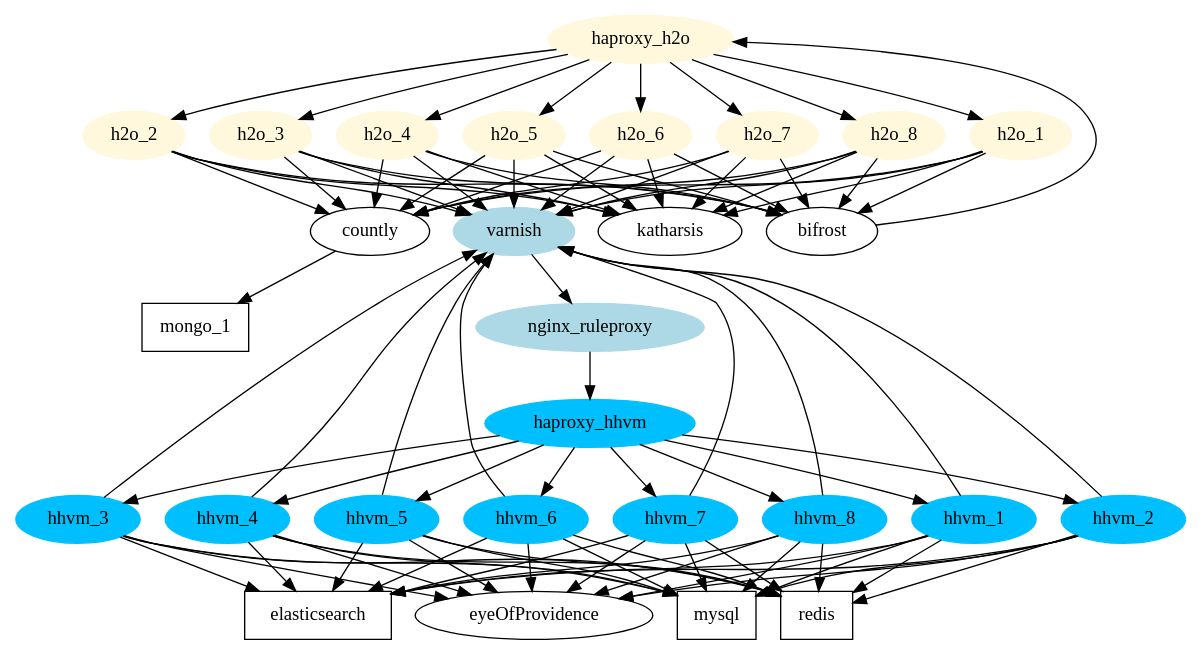
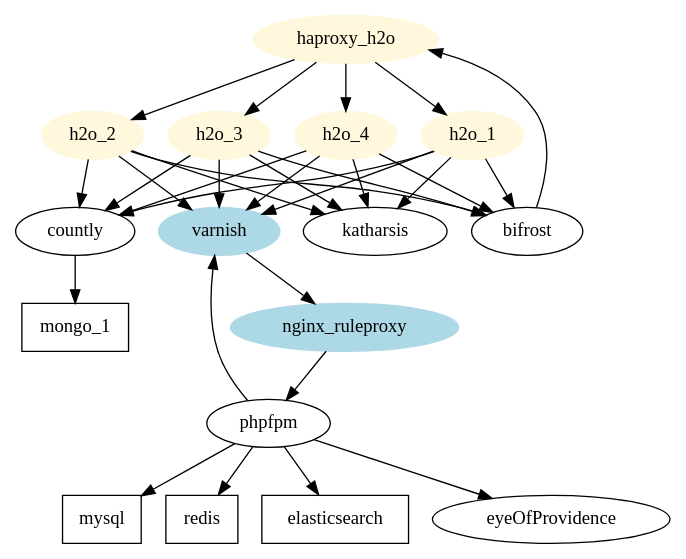
Before and after one commit to psychonautwiki/dmt-infrastructure: the diagram in architecture.dot, drawn with Graphviz. The commit also changed 23 other files, not shown here.

Commit message:
Update base to latest rev, update infra diagram

```diff
--- a/architecture.dot
+++ b/architecture.dot
@@ -1,159 +1,59 @@
 digraph G {
     subgraph incoming {
         node [style=filled,color=cornsilk];
 
         haproxy_h2o -> h2o_1;
         haproxy_h2o -> h2o_2;
         haproxy_h2o -> h2o_3;
         haproxy_h2o -> h2o_4;
-        haproxy_h2o -> h2o_5;
-        haproxy_h2o -> h2o_6;
-        haproxy_h2o -> h2o_7;
-        haproxy_h2o -> h2o_8;
 
-        label = "HHVM";
+        label = "h2o";
         color=blue
     }
 
     subgraph balance {
         node [style=filled,color=lightblue];
 
         varnish -> nginx_ruleproxy;
 
         label = "Caching";
     }
 
-    subgraph mediawiki {
-        node [style=filled,color=deepskyblue1];
-
-        haproxy_hhvm -> hhvm_1;
-        haproxy_hhvm -> hhvm_2;
-        haproxy_hhvm -> hhvm_3;
-        haproxy_hhvm -> hhvm_4;
-        haproxy_hhvm -> hhvm_5;
-        haproxy_hhvm -> hhvm_6;
-        haproxy_hhvm -> hhvm_7;
-        haproxy_hhvm -> hhvm_8;
-
-
-        label = "HHVM";
-        color=blue
-    }
-
     h2o_1 -> varnish;
     h2o_2 -> varnish;
     h2o_3 -> varnish;
     h2o_4 -> varnish;
-    h2o_5 -> varnish;
-    h2o_6 -> varnish;
-    h2o_7 -> varnish;
-    h2o_8 -> varnish;
 
     h2o_1 -> countly;
     h2o_2 -> countly;
     h2o_3 -> countly;
     h2o_4 -> countly;
-    h2o_5 -> countly;
-    h2o_6 -> countly;
-    h2o_7 -> countly;
-    h2o_8 -> countly;
 
     h2o_1 -> katharsis;
     h2o_2 -> katharsis;
     h2o_3 -> katharsis;
     h2o_4 -> katharsis;
-    h2o_5 -> katharsis;
-    h2o_6 -> katharsis;
-    h2o_7 -> katharsis;
-    h2o_8 -> katharsis;
-
-    // h2o_1 -> sociopata; | active at s.p.org; indef retired
-    // h2o_2 -> sociopata; | active at s.p.org; indef retired
-    // h2o_3 -> sociopata; | active at s.p.org; indef retired
-    // h2o_4 -> sociopata; | active at s.p.org; indef retired
-    // h2o_5 -> sociopata; | active at s.p.org; indef retired
-    // h2o_6 -> sociopata; | active at s.p.org; indef retired
-    // h2o_7 -> sociopata; | active at s.p.org; indef retired
-    // h2o_8 -> sociopata; | active at s.p.org; indef retired
 
     countly -> mongo_1;
-
-    // h2o_1 -> heimdal; | indef retired
-    // h2o_2 -> heimdal; | indef retired
-    // h2o_3 -> heimdal; | indef retired
-    // h2o_4 -> heimdal; | indef retired
-    // h2o_5 -> heimdal; | indef retired
-    // h2o_6 -> heimdal; | indef retired
-    // h2o_7 -> heimdal; | indef retired
-    // h2o_8 -> heimdal; | indef retired
 
     h2o_1 -> bifrost;
     h2o_2 -> bifrost;
     h2o_3 -> bifrost;
     h2o_4 -> bifrost;
-    h2o_5 -> bifrost;
-    h2o_6 -> bifrost;
-    h2o_7 -> bifrost;
-    h2o_8 -> bifrost;
 
     bifrost -> haproxy_h2o;
-    // bifrost -> mongo_2; | retired until BF plebiscite is built
 
-    nginx_ruleproxy -> haproxy_hhvm;
+    nginx_ruleproxy -> phpfpm;
 
-    hhvm_1 -> mysql;
-    hhvm_2 -> mysql;
-    hhvm_3 -> mysql;
-    hhvm_4 -> mysql;
-    hhvm_5 -> mysql;
-    hhvm_6 -> mysql;
-    hhvm_7 -> mysql;
-    hhvm_8 -> mysql;
-
-
-    hhvm_1 -> redis;
-    hhvm_2 -> redis;
-    hhvm_3 -> redis;
-    hhvm_4 -> redis;
-    hhvm_5 -> redis;
-    hhvm_6 -> redis;
-    hhvm_7 -> redis;
-    hhvm_8 -> redis;
-
-
-    hhvm_1 -> elasticsearch;
-    hhvm_2 -> elasticsearch;
-    hhvm_3 -> elasticsearch;
-    hhvm_4 -> elasticsearch;
-    hhvm_5 -> elasticsearch;
-    hhvm_6 -> elasticsearch;
-    hhvm_7 -> elasticsearch;
-    hhvm_8 -> elasticsearch;
-
-
-    hhvm_1 -> eyeOfProvidence;
-    hhvm_2 -> eyeOfProvidence;
-    hhvm_3 -> eyeOfProvidence;
-    hhvm_4 -> eyeOfProvidence;
-    hhvm_5 -> eyeOfProvidence;
-    hhvm_6 -> eyeOfProvidence;
-    hhvm_7 -> eyeOfProvidence;
-    hhvm_8 -> eyeOfProvidence;
-
-
-    hhvm_1 -> varnish;
-    hhvm_2 -> varnish;
-    hhvm_3 -> varnish;
-    hhvm_4 -> varnish;
-    hhvm_5 -> varnish;
-    hhvm_6 -> varnish;
-    hhvm_7 -> varnish;
-    hhvm_8 -> varnish;
+    phpfpm -> mysql;
+    phpfpm -> redis;
+    phpfpm -> elasticsearch;
+    phpfpm -> eyeOfProvidence;
+    phpfpm -> varnish;
 
 
     mysql [shape=box];
     redis [shape=box];
     mongo_1 [shape=box];
-    // mongo_2 [shape=box];
     elasticsearch [shape=box];
 }
```
